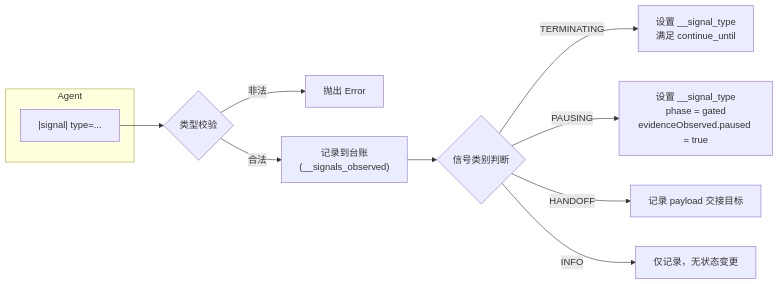
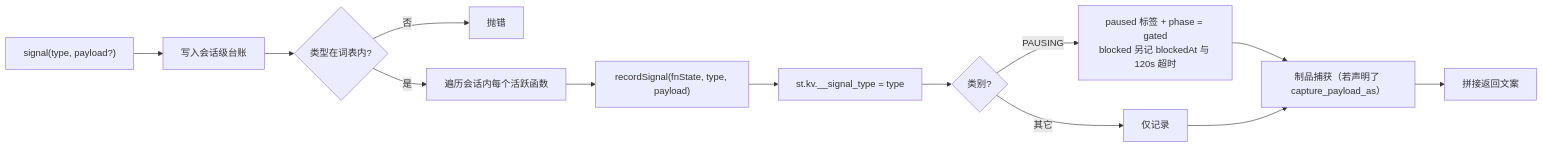
Before and after one commit to EricMoin/rolebox-docs: the diagram in docs/04-Advanced/signal-system.md, drawn with Mermaid. The commit also changed other lines of this file and 62 other files, not shown here.

````diff
--- a/docs/04-Advanced/signal-system.md
+++ b/docs/04-Advanced/signal-system.md
@@ -64,14 +38,15 @@
 ```mermaid
 flowchart LR
-  subgraph Agent
-    A["`|signal| type=...`"]
-  end
-  A --> B{类型校验}
-  B -->|非法| C["抛出 Error"]
-  B -->|合法| D["记录到台账<br/>(__signals_observed)"]
-  D --> E{信号类别判断}
-  E -->|TERMINATING| F["设置 __signal_type<br/>满足 continue_until"]
-  E -->|PAUSING| G["设置 __signal_type<br/>phase = gated<br/>evidenceObserved.paused = true"]
-  E -->|HANDOFF| H["记录 payload 交接目标"]
-  E -->|INFO| I["仅记录，无状态变更"]
+  A["signal(type, payload?)"] --> B["写入会话级台账"]
+  B --> C{"类型在词表内?"}
+  C -->|否| D["抛错"]
+  C -->|是| E["遍历会话内每个活跃函数"]
+  E --> F["recordSignal(fnState, type, payload)"]
+  F --> G["st.kv.__signal_type = type"]
+  G --> H{"类别?"}
+  H -->|PAUSING| I["paused 标签 + phase = gated<br/>blocked 另记 blockedAt 与 120s 超时"]
+  H -->|其它| J["仅记录"]
+  I --> K["制品捕获（若声明了 capture_payload_as）"]
+  J --> K
+  K --> L["拼接返回文案"]
 ```
````
